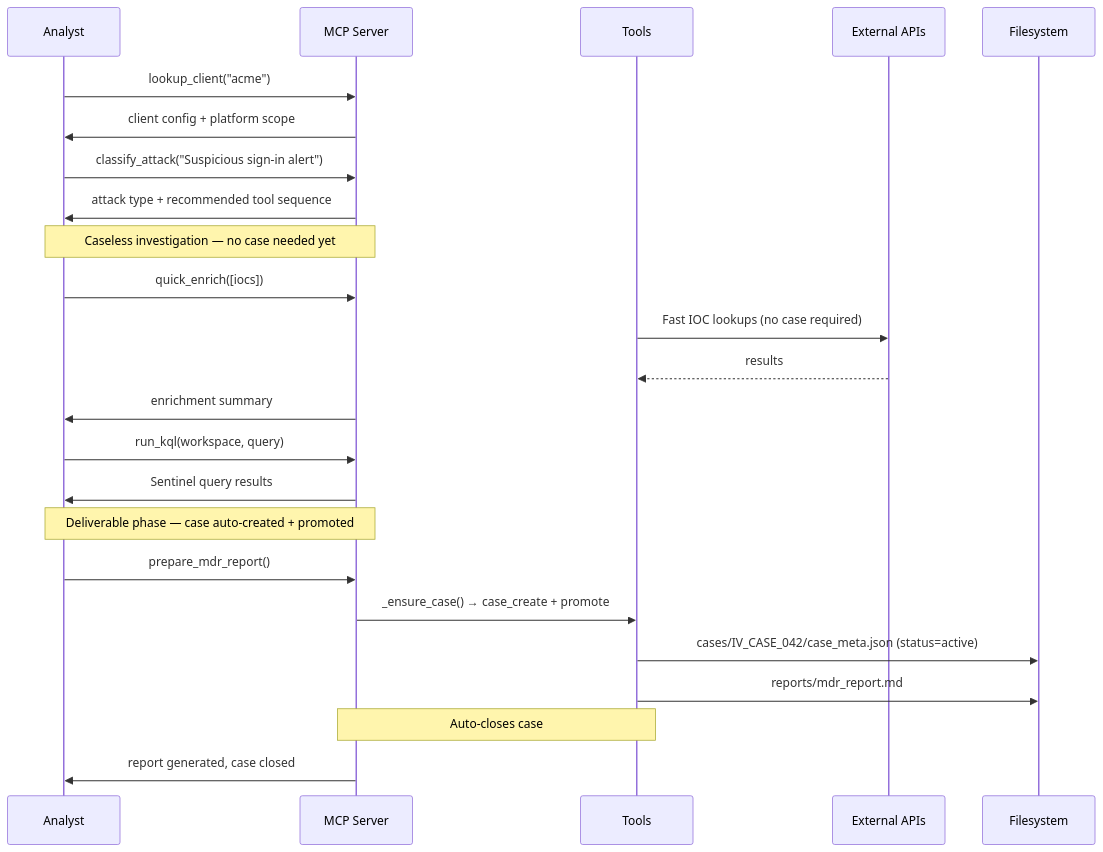
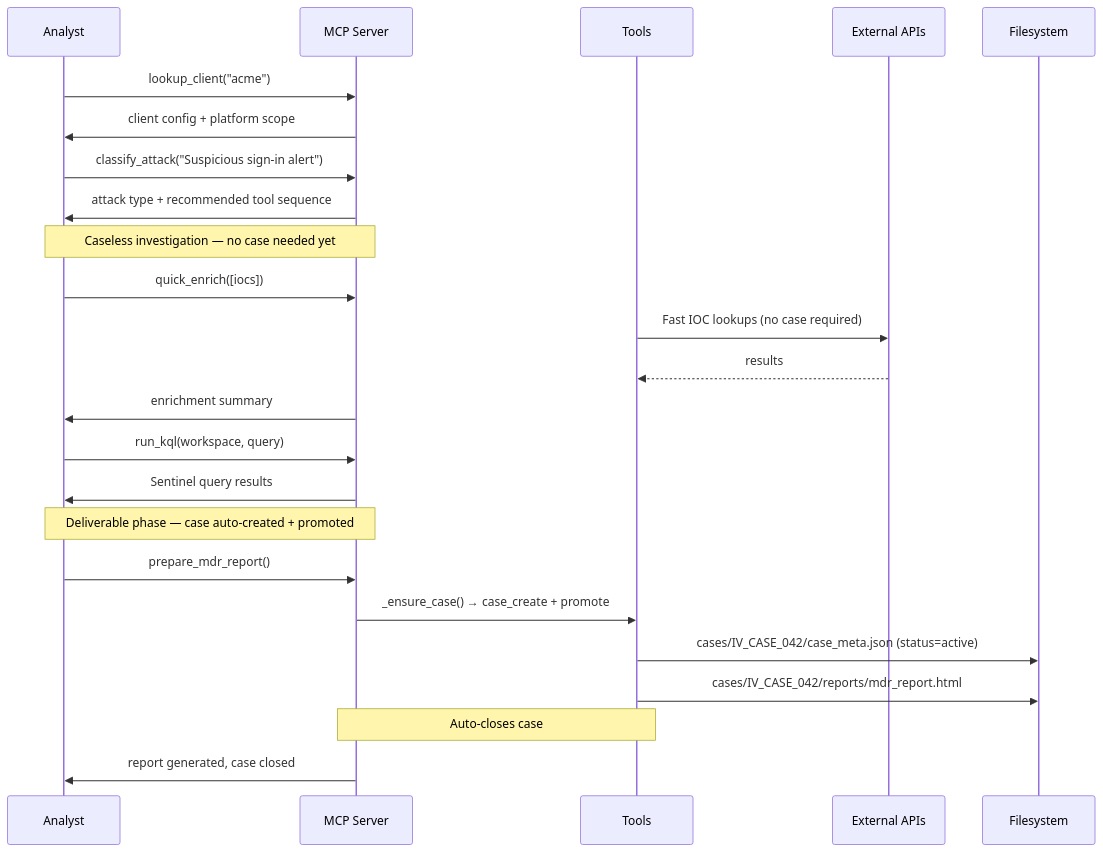
One commit to WillBanasik/socai changed the second of 2 diagrams in docs/architecture_diagram.md. Above: the diagram before and after it, drawn with Mermaid. The commit also changed other lines of this file and 26 other files, not shown here.

````diff
--- a/docs/architecture_diagram.md
+++ b/docs/architecture_diagram.md
@@ -115,33 +115,33 @@
 ```mermaid
 sequenceDiagram
     participant A as Analyst
     participant M as MCP Server
     participant T as Tools
     participant E as External APIs
     participant F as Filesystem
 
     A->>M: lookup_client("acme")
     M->>A: client config + platform scope
 
     A->>M: classify_attack("Suspicious sign-in alert")
     M->>A: attack type + recommended tool sequence
 
     Note over A,M: Caseless investigation — no case needed yet
 
     A->>M: quick_enrich([iocs])
     T->>E: Fast IOC lookups (no case required)
     E-->>T: results
     M->>A: enrichment summary
 
     A->>M: run_kql(workspace, query)
     M->>A: Sentinel query results
 
     Note over A,M: Deliverable phase — case auto-created + promoted
 
     A->>M: prepare_mdr_report()
     M->>T: _ensure_case() → case_create + promote
     T->>F: cases/IV_CASE_042/case_meta.json (status=active)
-    T->>F: reports/mdr_report.md
+    T->>F: cases/IV_CASE_042/reports/mdr_report.html
     Note over M,T: Auto-closes case
     M->>A: report generated, case closed
 ```
````
